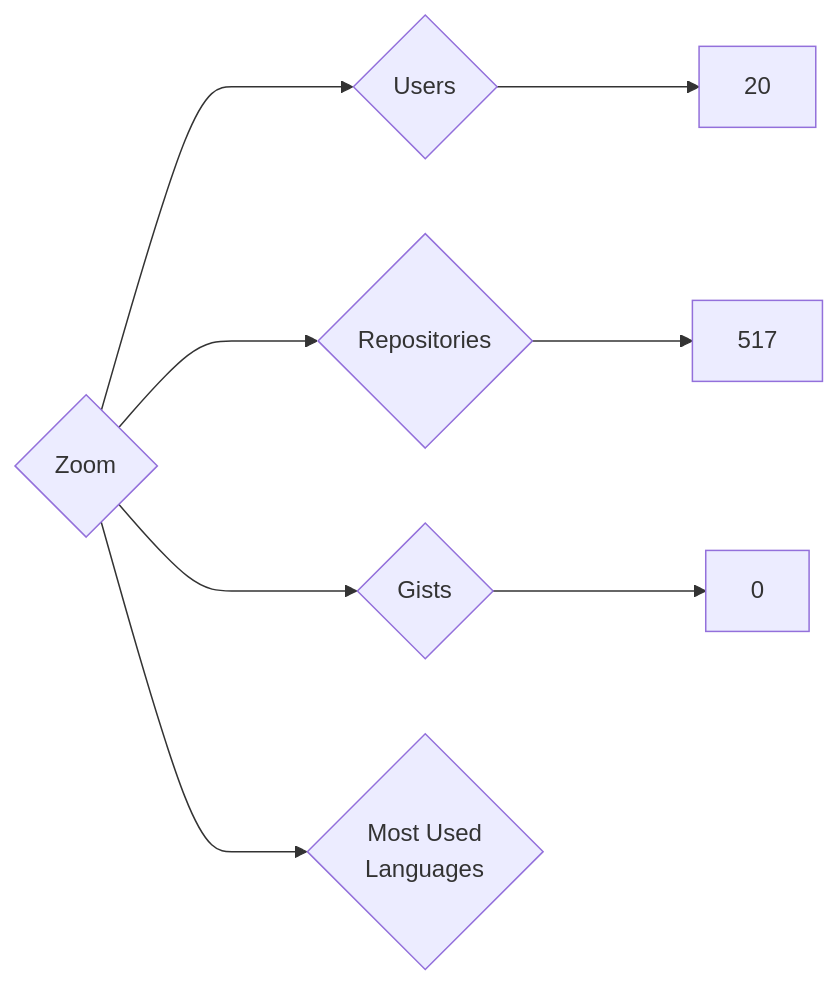
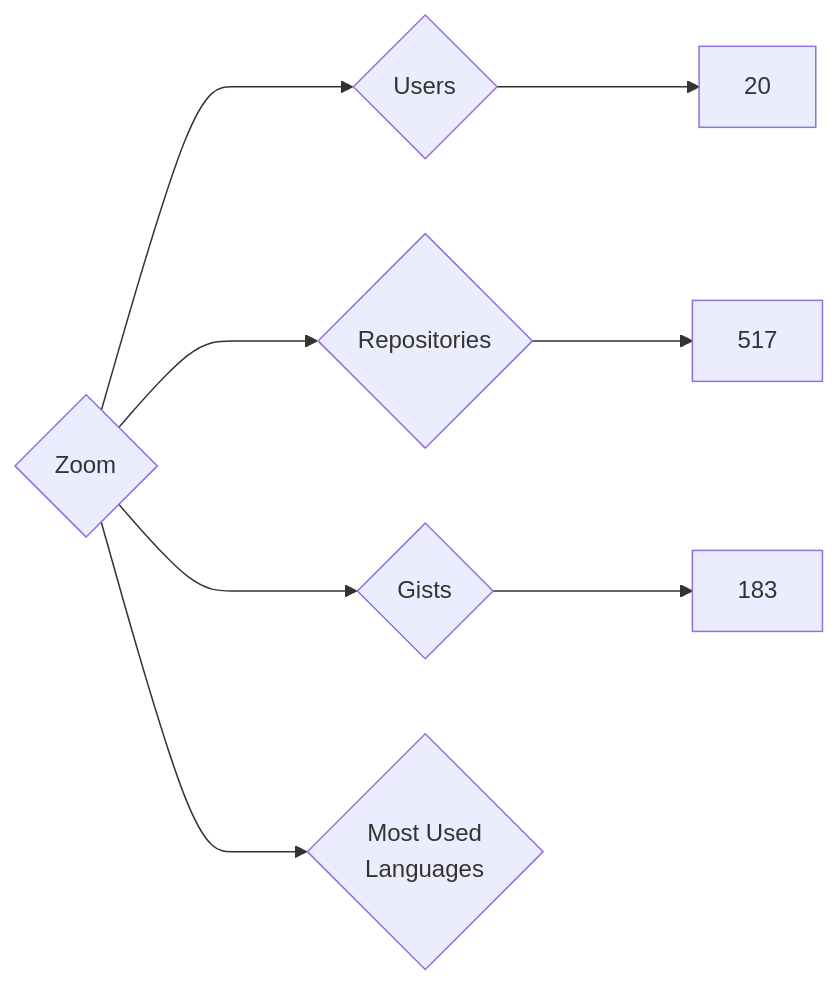
Before and after one commit to nenadzaric/insiders: the diagram in targets/Zoom/README.md, drawn with Mermaid. The commit also changed 1342 other files, not shown here.

````diff
--- a/targets/Zoom/README.md
+++ b/targets/Zoom/README.md
@@ -3,8 +3,8 @@
 ```mermaid
 graph LR
 COMPANY_NAME{Zoom}
 COMPANY_NAME ---> U{Users} ---> UN[20]
 COMPANY_NAME ---> R{Repositories} ---> RN[517]
-COMPANY_NAME ---> G{Gists} ---> GN[0]
+COMPANY_NAME ---> G{Gists} ---> GN[183]
 COMPANY_NAME ---> ML{Most Used<br>Languages}
 ```
````
